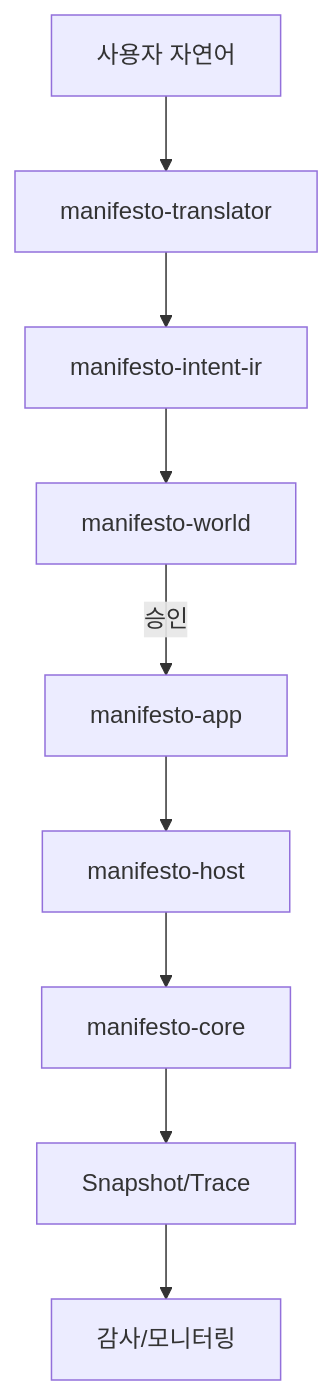
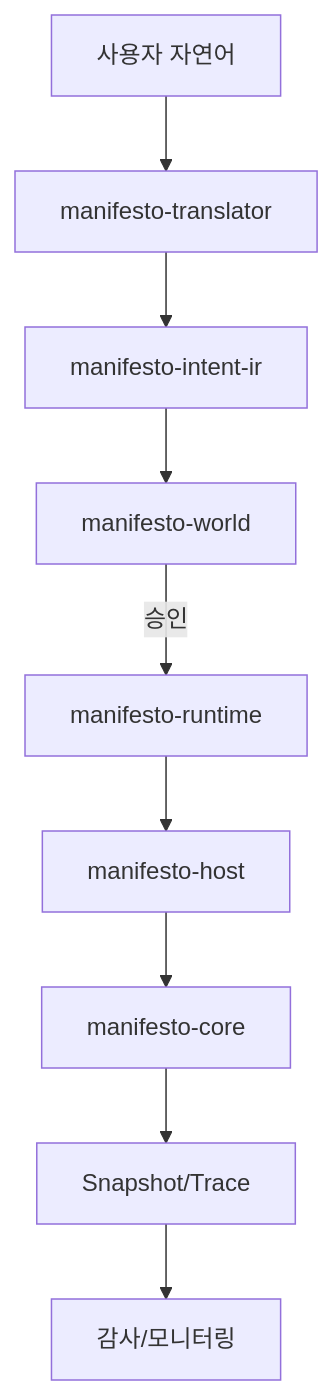
The diagram in docs/ko/book/07-llm-integration.md (sh827kim/manifasto4j), drawn with Mermaid before and after one commit. The commit also changed 79 other files, not shown here.

First line of the commit message:
P1 아키텍처 분리: manifesto-sdk/runtime 전환 및 manifesto-app 제거

````diff
--- a/docs/ko/book/07-llm-integration.md
+++ b/docs/ko/book/07-llm-integration.md
@@ -28,11 +28,11 @@
 ```mermaid
 flowchart TD
   User["사용자 자연어"] --> Translator["manifesto-translator"]
   Translator --> IntentIr["manifesto-intent-ir"]
   IntentIr --> World["manifesto-world"]
-  World -->|승인| App["manifesto-app"]
-  App --> Host["manifesto-host"]
+  World -->|승인| Runtime["manifesto-runtime"]
+  Runtime --> Host["manifesto-host"]
   Host --> Core["manifesto-core"]
   Core --> Snapshot["Snapshot/Trace"]
   Snapshot --> Report["감사/모니터링"]
 ```
````
